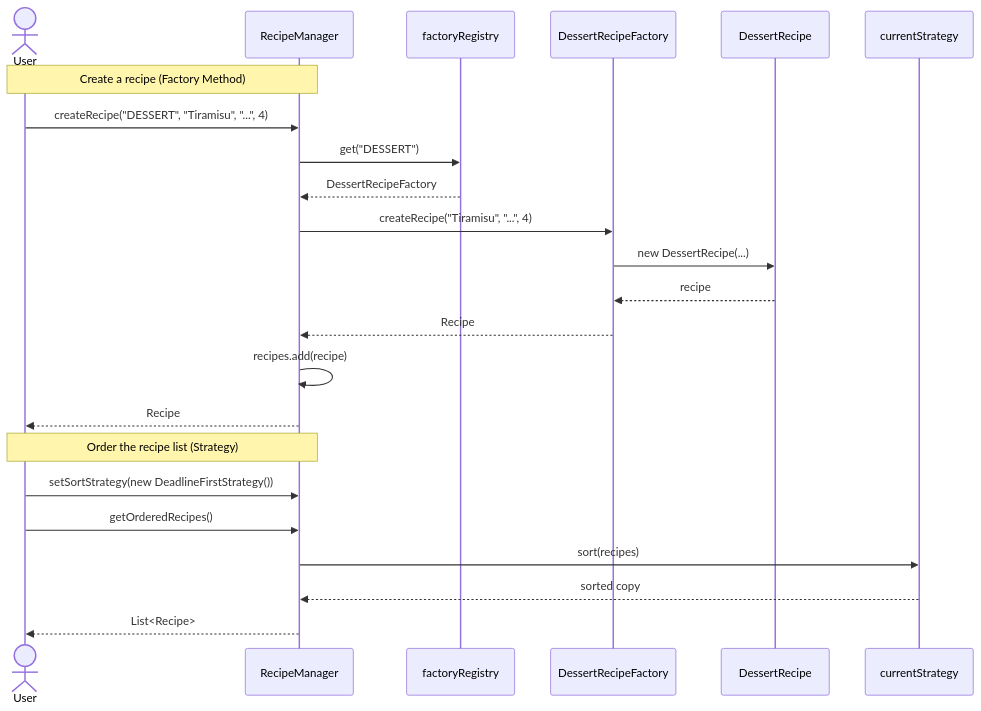
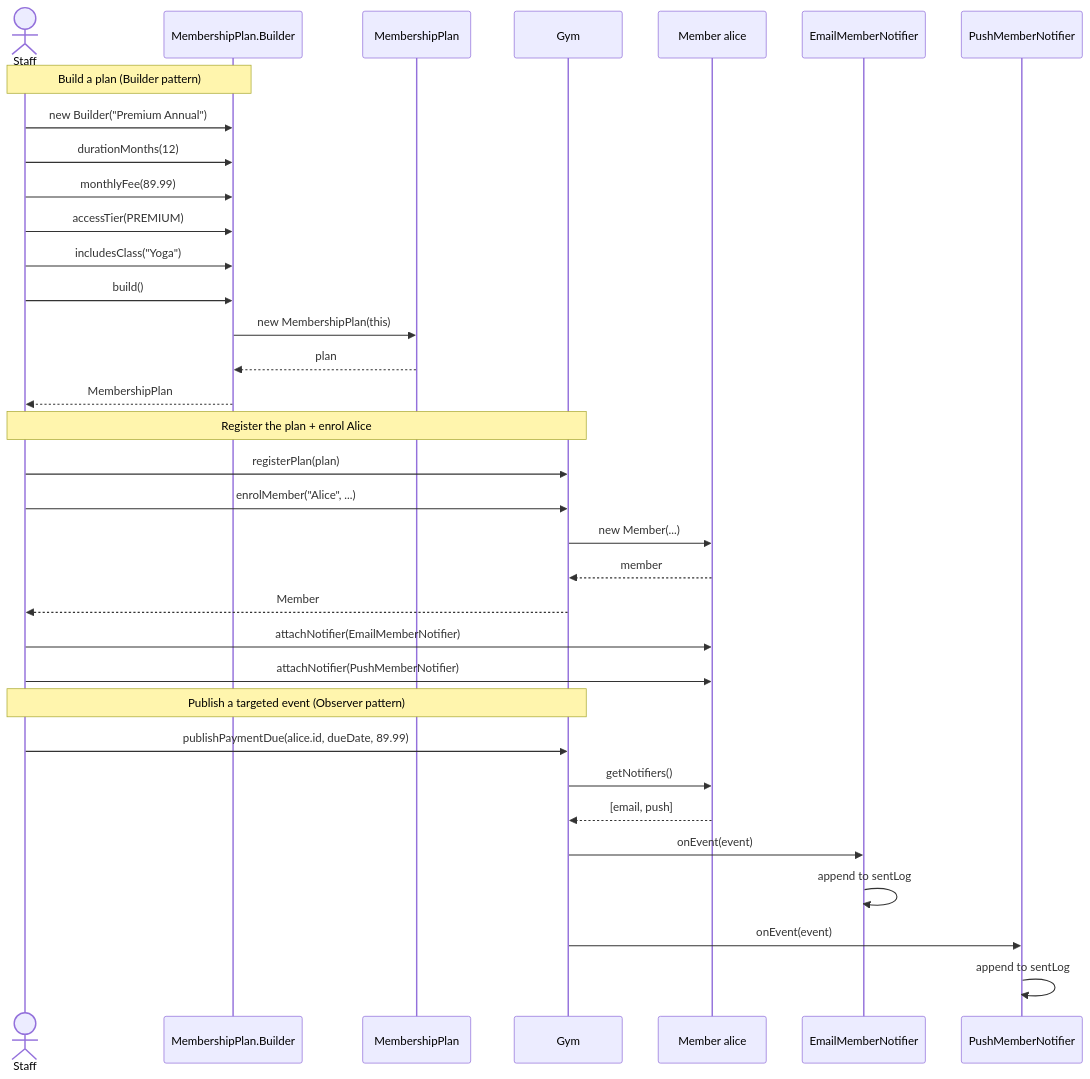
One commit to hoop-ai/gym-membership-management-system changed the diagram in docs/uml/sequence/sequence-diagram.md. Above: the diagram before and after it, drawn with Mermaid. The commit also changed other lines of this file and 77 other files, not shown here.

````diff
--- a/docs/uml/sequence/sequence-diagram.md
+++ b/docs/uml/sequence/sequence-diagram.md
@@ -6,29 +7,43 @@
 ```mermaid
 sequenceDiagram
-    actor User
-    participant RM as RecipeManager
-    participant Reg as factoryRegistry
-    participant DF as DessertRecipeFactory
-    participant DR as DessertRecipe
-    participant ST as currentStrategy
+    actor Staff
+    participant Builder as MembershipPlan.Builder
+    participant Plan as MembershipPlan
+    participant Gym
+    participant Alice as Member alice
+    participant Email as EmailMemberNotifier
+    participant Push as PushMemberNotifier
 
-    Note over User,RM: Create a recipe (Factory Method)
+    Note over Staff,Builder: Build a plan (Builder pattern)
 
-    User->>RM: createRecipe("DESSERT", "Tiramisu", "...", 4)
-    RM->>Reg: get("DESSERT")
-    Reg-->>RM: DessertRecipeFactory
-    RM->>DF: createRecipe("Tiramisu", "...", 4)
-    DF->>DR: new DessertRecipe(...)
-    DR-->>DF: recipe
-    DF-->>RM: Recipe
-    RM->>RM: recipes.add(recipe)
-    RM-->>User: Recipe
+    Staff->>Builder: new Builder("Premium Annual")
+    Staff->>Builder: durationMonths(12)
+    Staff->>Builder: monthlyFee(89.99)
+    Staff->>Builder: accessTier(PREMIUM)
+    Staff->>Builder: includesClass("Yoga")
+    Staff->>Builder: build()
+    Builder->>Plan: new MembershipPlan(this)
+    Plan-->>Builder: plan
+    Builder-->>Staff: MembershipPlan
 
-    Note over User,RM: Order the recipe list (Strategy)
+    Note over Staff,Gym: Register the plan + enrol Alice
 
-    User->>RM: setSortStrategy(new DeadlineFirstStrategy())
-    User->>RM: getOrderedRecipes()
-    RM->>ST: sort(recipes)
-    ST-->>RM: sorted copy
-    RM-->>User: List<Recipe>
+    Staff->>Gym: registerPlan(plan)
+    Staff->>Gym: enrolMember("Alice", ...)
+    Gym->>Alice: new Member(...)
+    Alice-->>Gym: member
+    Gym-->>Staff: Member
+
+    Staff->>Alice: attachNotifier(EmailMemberNotifier)
+    Staff->>Alice: attachNotifier(PushMemberNotifier)
+
+    Note over Staff,Gym: Publish a targeted event (Observer pattern)
+
+    Staff->>Gym: publishPaymentDue(alice.id, dueDate, 89.99)
+    Gym->>Alice: getNotifiers()
+    Alice-->>Gym: [email, push]
+    Gym->>Email: onEvent(event)
+    Email->>Email: append to sentLog
+    Gym->>Push: onEvent(event)
+    Push->>Push: append to sentLog
 ```
````
